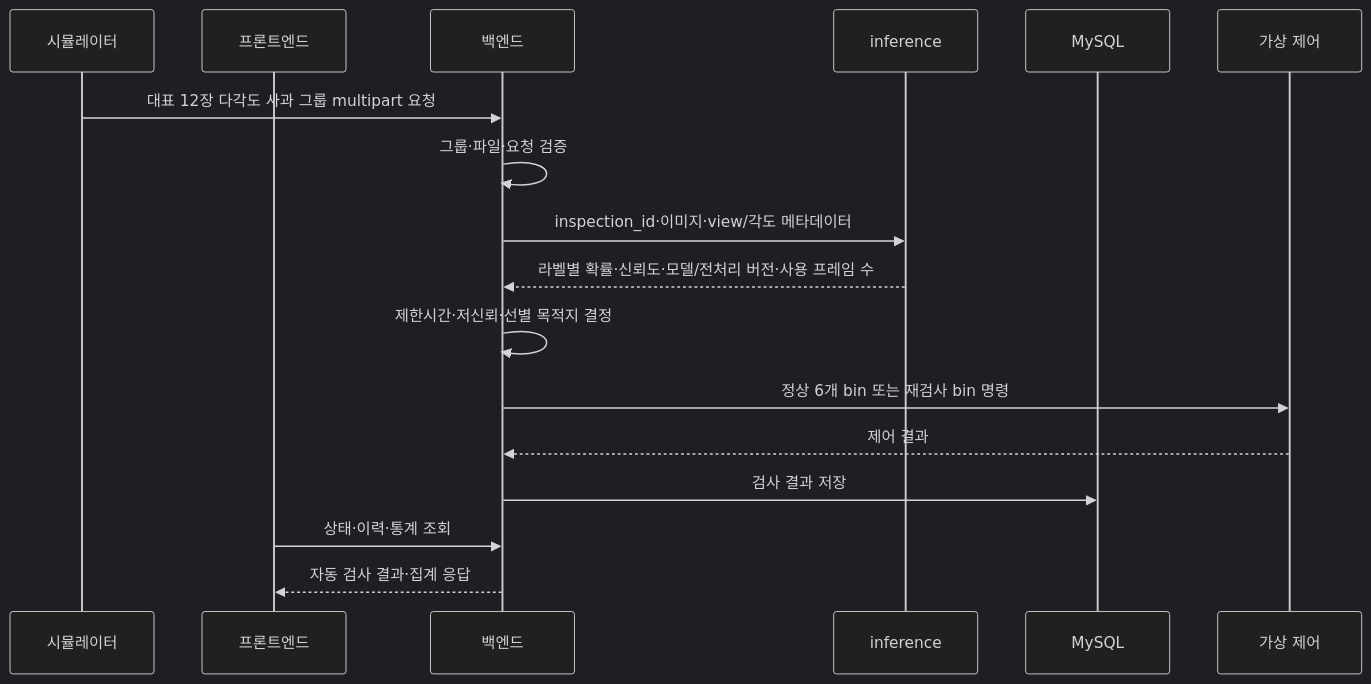
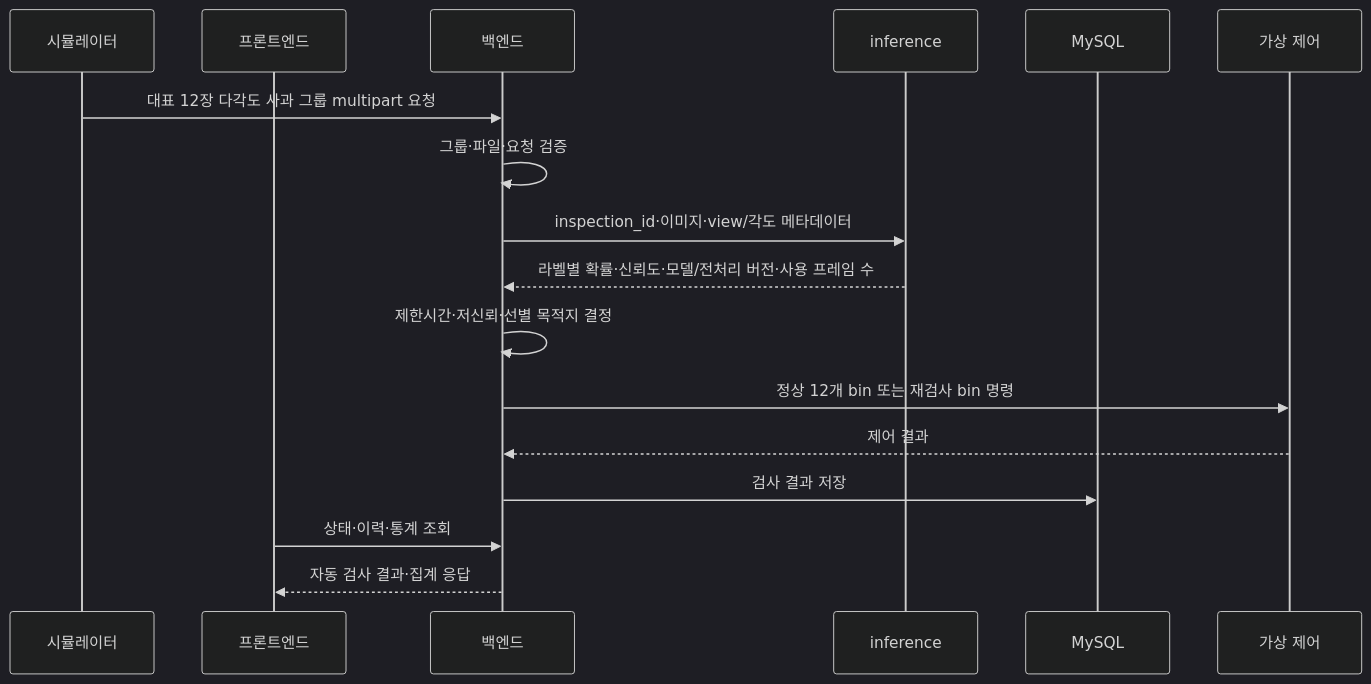
Before and after one commit to yuudong123/CQC: the second of 3 diagrams in docs/planning/architecture.md, drawn with Mermaid (dark theme). The commit also changed other lines of this file and 13 other files, not shown here.

````diff
--- a/docs/planning/architecture.md
+++ b/docs/planning/architecture.md
@@ -56,20 +56,20 @@
 ```mermaid
 sequenceDiagram
     participant SIM as 시뮬레이터
     participant FE as 프론트엔드
     participant BE as 백엔드
     participant AI as inference
     participant DB as MySQL
     participant CTL as 가상 제어
 
     SIM->>BE: 대표 12장 다각도 사과 그룹 multipart 요청
     BE->>BE: 그룹·파일·요청 검증
     BE->>AI: inspection_id·이미지·view/각도 메타데이터
     AI-->>BE: 라벨별 확률·신뢰도·모델/전처리 버전·사용 프레임 수
     BE->>BE: 제한시간·저신뢰·선별 목적지 결정
-    BE->>CTL: 정상 6개 bin 또는 재검사 bin 명령
+    BE->>CTL: 정상 12개 bin 또는 재검사 bin 명령
     CTL-->>BE: 제어 결과
     BE->>DB: 검사 결과 저장
     FE->>BE: 상태·이력·통계 조회
     BE-->>FE: 자동 검사 결과·집계 응답
 ```
````
